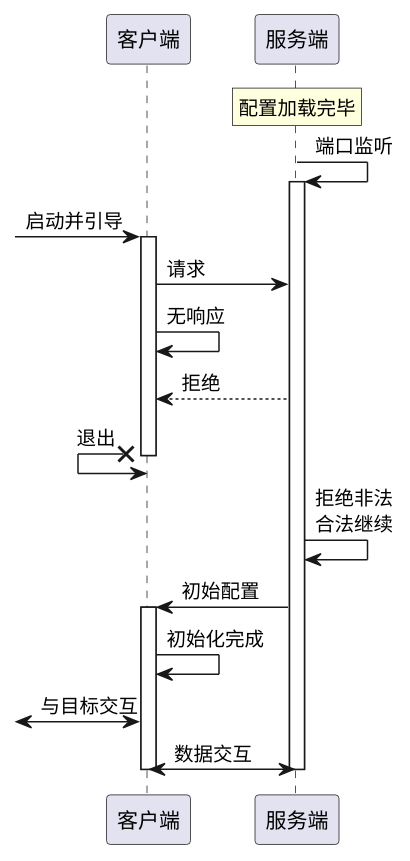
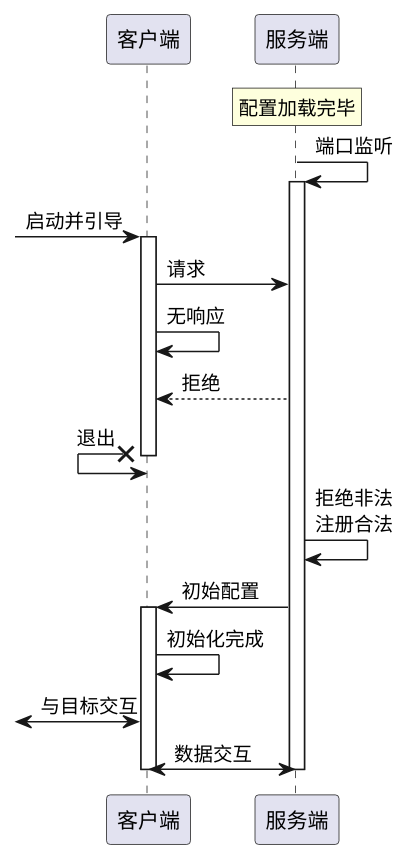
One commit to uservGitHub/uml changed the diagram in sample/app/src/main/java/test1/manageClients.puml. Above: the diagram before and after it, drawn with PlantUML. The commit also changed 3 other files, not shown here.

```diff
--- a/sample/app/src/main/java/test1/manageClients.puml
+++ b/sample/app/src/main/java/test1/manageClients.puml
@@ -1,26 +1,26 @@
 @startuml
 
 participant "客户端" as client
 participant "服务端" as server
 
 rnote over server: 配置加载完毕
 server->server: 端口监听
 activate server
 [-> client: 启动并引导
 activate client
 client -> server: 请求
 client -> client: 无响应
 client <-- server: 拒绝
 client <-x client: 退出
 deactivate client
-server->server: 拒绝非法\n合法继续
+server->server: 拒绝非法\n注册合法
 client <- server: 初始配置
 activate client
 client -> client: 初始化完成
 [<-> client: 与目标交互
 client <-> server: 数据交互
 deactivate client
 deactivate server
 
 
 @enduml
```
